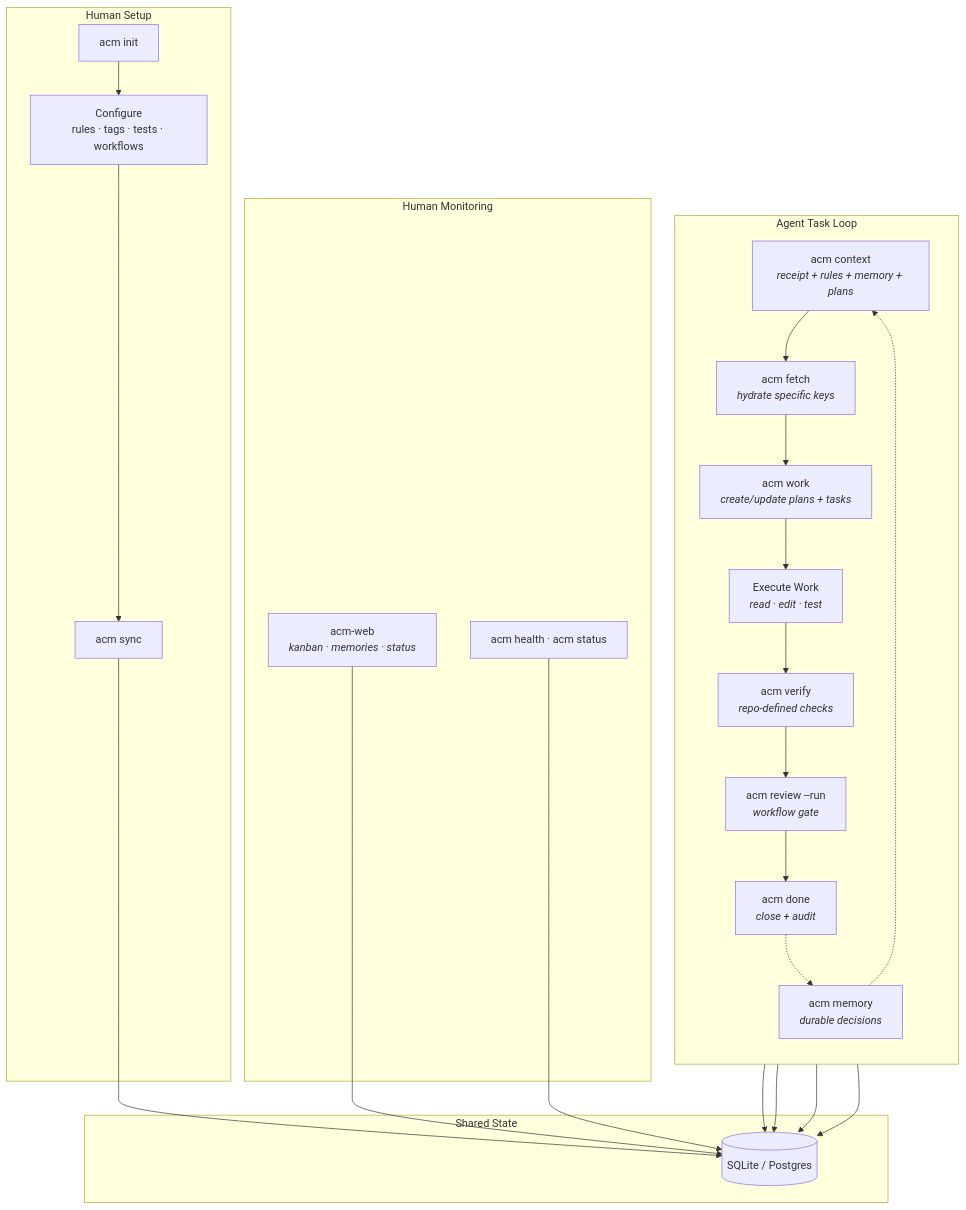
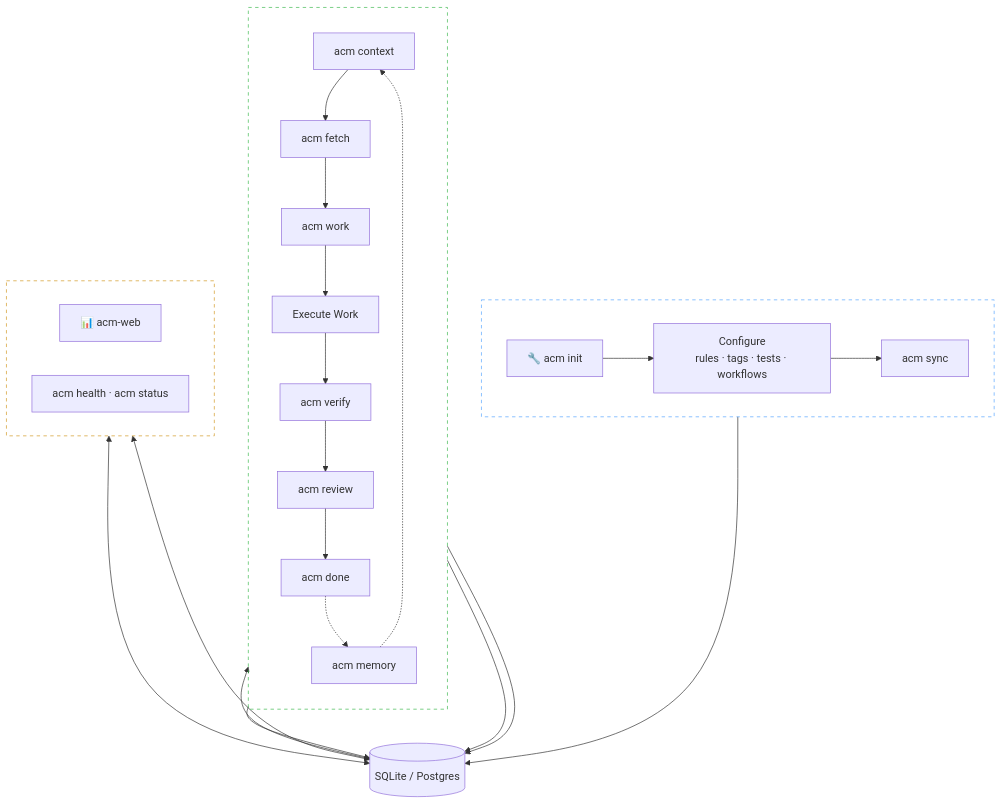
One commit to BonzTM/agent-context-manager changed the diagram in README.md. Above: the diagram before and after it, drawn with Mermaid.

Commit message:
update readme with chart

````diff
--- a/README.md
+++ b/README.md
@@ -13,36 +13,40 @@
 ```mermaid
 flowchart TB
-    subgraph human["Human Setup"]
-        init["acm init"] --> configure["Configure<br/>rules · tags · tests · workflows"]
+    subgraph human [" "]
+        direction LR
+        init["🔧 acm init"] --> configure["Configure<br/>rules · tags · tests · workflows"]
         configure --> sync["acm sync"]
     end
 
-    subgraph agent["Agent Task Loop"]
+    subgraph agent [" "]
         direction TB
-        context["acm context<br/><i>receipt + rules + memory + plans</i>"] --> fetch["acm fetch<br/><i>hydrate specific keys</i>"]
-        fetch --> work["acm work<br/><i>create/update plans + tasks</i>"]
-        work --> code["Execute Work<br/><i>read · edit · test</i>"]
-        code --> verify["acm verify<br/><i>repo-defined checks</i>"]
-        verify --> review["acm review --run<br/><i>workflow gate</i>"]
-        review --> done["acm done<br/><i>close + audit</i>"]
-        done -.-> memory["acm memory<br/><i>durable decisions</i>"]
+        context["acm context"] --> fetch["acm fetch"]
+        fetch --> work["acm work"]
+        work --> code["Execute Work"]
+        code --> verify["acm verify"]
+        verify --> review["acm review"]
+        review --> done["acm done"]
+        done -.-> memory["acm memory"]
         memory -.-> context
     end
 
-    subgraph monitor["Human Monitoring"]
-        web["acm-web<br/><i>kanban · memories · status</i>"]
+    subgraph monitor [" "]
+        direction LR
+        web["📊 acm-web"]
         health["acm health · acm status"]
     end
 
-    subgraph storage["Shared State"]
-        db[("SQLite / Postgres")]
-    end
+    db[("SQLite / Postgres")]
 
     sync --> db
-    context --> db
+    context <--> db
     work --> db
     done --> db
     memory --> db
-    web --> db
-    health --> db
+    web <--> db
+    health <--> db
+
+    style human fill:transparent,stroke:#58a6ff,stroke-width:1px,stroke-dasharray:5 5
+    style agent fill:transparent,stroke:#3fb950,stroke-width:1px,stroke-dasharray:5 5
+    style monitor fill:transparent,stroke:#d29922,stroke-width:1px,stroke-dasharray:5 5
 ```
````
